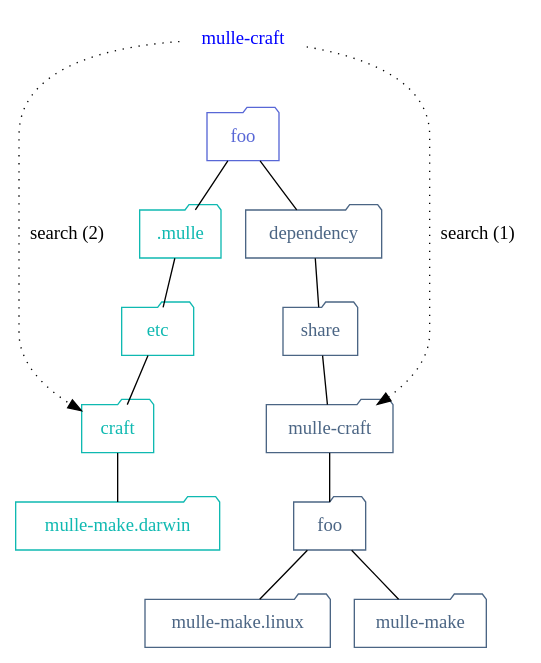
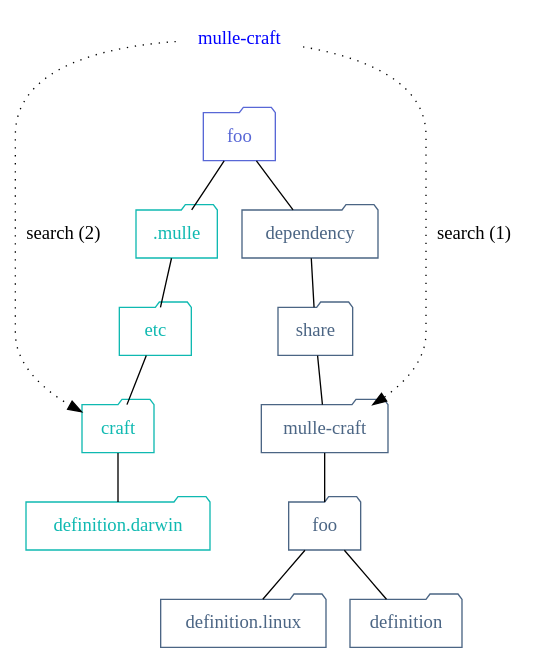
One commit to mulle-sde/mulle-craft changed the diagram in dox/searchpath.dot. Above: the diagram before and after it, drawn with Graphviz. The commit also changed 18 other files, not shown here.

```diff
--- a/dox/searchpath.dot
+++ b/dox/searchpath.dot
@@ -1,33 +1,33 @@
 digraph G {
     graph [rankdir = TD];
 
     { rank="same" ; "mulle-craft" }
 
     "mulle-craft"   [ shape="none", fontcolor="blue" ]
 
     edge[  arrowhead="none", color="black"];
 
     node[ shape=folder, color="#0fb9b1", fontcolor="#0fb9b1"];
 
     "foo"           [ label="foo", fontcolor="#5867d6", color="#5867d6" ]
 
-    "foo" -> ".mulle"  -> "etc"  -> "craft"  -> "mulle-make.darwin"
+    "foo" -> ".mulle"  -> "etc"  -> "craft"  -> "definition.darwin"
 
     node[ shape=folder, color="#4b6584", fontcolor="#4b6584"];
 
     "foo" -> "dependency"  -> "share"  -> "mulle-craft1" -> "foo2"
 
     "foo2"          [ label="foo" ]
 
-    "foo2"         -> "mulle-make.linux"
-    "foo2"         -> "mulle-make"
+    "foo2"         -> "definition.linux"
+    "foo2"         -> "definition"
 
     "mulle-craft1"  [ label="mulle-craft"]
 
     edge[ style="dotted", arrowhead=""]
 
     "mulle-craft" -> "foo"   [ style="invis" ]
 
     "mulle-craft" -> "mulle-craft1"        [ label="search (1)" ]
     "mulle-craft" -> "craft"               [ label="search (2)" ]
 }
```
